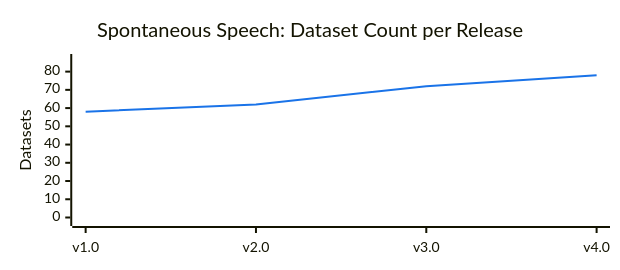
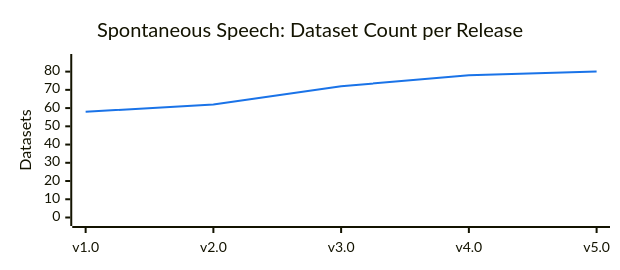
One commit to common-voice/cv-dataset changed the third of 3 diagrams in datasets/spontaneous-speech/README.md. Above: the diagram before and after it, drawn with Mermaid. The commit also changed other lines of this file and 3 other files, not shown here.

````diff
--- a/datasets/spontaneous-speech/README.md
+++ b/datasets/spontaneous-speech/README.md
@@ -52,16 +52,16 @@
 ```mermaid
 ---
 config:
     xyChart:
         width: 600
         height: 250
     themeVariables:
         xyChart:
             plotColorPalette: "#1a73e8"
 ---
 xychart-beta
     title "Spontaneous Speech: Dataset Count per Release"
-    x-axis ["v1.0","v2.0","v3.0","v4.0"]
+    x-axis ["v1.0","v2.0","v3.0","v4.0","v5.0"]
     y-axis "Datasets" 0 --> 85
-    line [58,62,72,78]
+    line [58,62,72,78,80]
 ```
````
